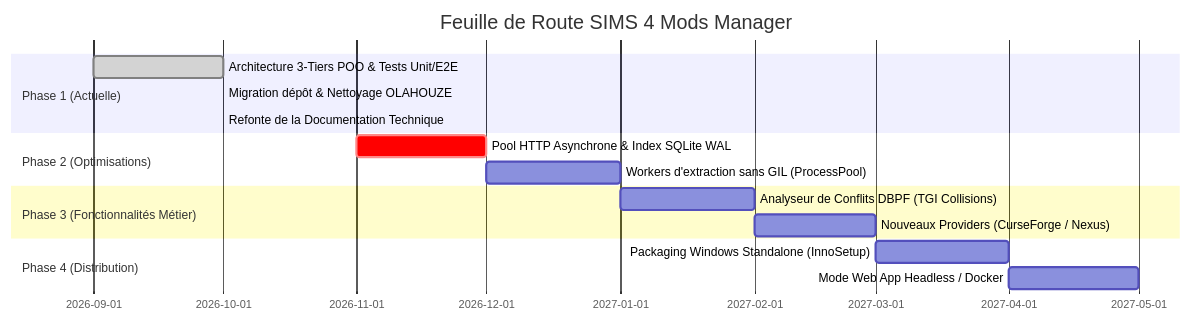
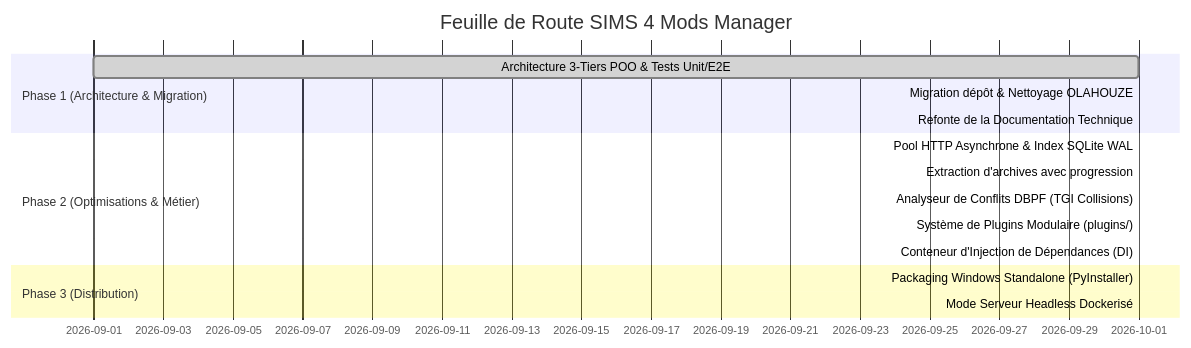
Before and after one commit to pleasurecreator610-boop/SIMS4-Mods-Manager: the diagram in documentation/proposals_and_roadmap.md, drawn with Mermaid. The commit also changed other lines of this file and 23 other files, not shown here.

Commit message:
feat: implement performance optimizations, DBPF conflict detector, modular plugin system, and container packaging

````diff
--- a/documentation/proposals_and_roadmap.md
+++ b/documentation/proposals_and_roadmap.md
@@ -84,18 +84,18 @@
 ```mermaid
 gantt
     title Feuille de Route SIMS 4 Mods Manager
     dateFormat  YYYY-MM
-    section Phase 1 (Actuelle)
+    section Phase 1 (Architecture & Migration)
     Architecture 3-Tiers POO & Tests Unit/E2E :done, p1, 2026-09, 2026-10
     Migration dépôt & Nettoyage OLAHOUZE      :done, p2, 2026-10, 2026-10
-    Refonte de la Documentation Technique     :active, p3, 2026-10, 2026-10
-    section Phase 2 (Optimisations)
-    Pool HTTP Asynchrone & Index SQLite WAL   :crit, p4, 2026-11, 2026-12
-    Workers d'extraction sans GIL (ProcessPool): p5, 2026-12, 2027-01
-    section Phase 3 (Fonctionnalités Métier)
-    Analyseur de Conflits DBPF (TGI Collisions): p6, 2027-01, 2027-02
-    Nouveaux Providers (CurseForge / Nexus)   : p7, 2027-02, 2027-03
-    section Phase 4 (Distribution)
-    Packaging Windows Standalone (InnoSetup)  : p8, 2027-03, 2027-04
-    Mode Web App Headless / Docker            : p9, 2027-04, 2027-05
+    Refonte de la Documentation Technique     :done, p3, 2026-10, 2026-10
+    section Phase 2 (Optimisations & Métier)
+    Pool HTTP Asynchrone & Index SQLite WAL   :done, p4, 2026-10, 2026-10
+    Extraction d'archives avec progression    :done, p5, 2026-10, 2026-10
+    Analyseur de Conflits DBPF (TGI Collisions):done, p6, 2026-10, 2026-10
+    Système de Plugins Modulaire (plugins/)   :done, p7, 2026-10, 2026-10
+    Conteneur d'Injection de Dépendances (DI) :done, p8, 2026-10, 2026-10
+    section Phase 3 (Distribution)
+    Packaging Windows Standalone (PyInstaller):done, p9, 2026-10, 2026-10
+    Mode Serveur Headless Dockerisé           :done, p10, 2026-10, 2026-10
 ```
````
